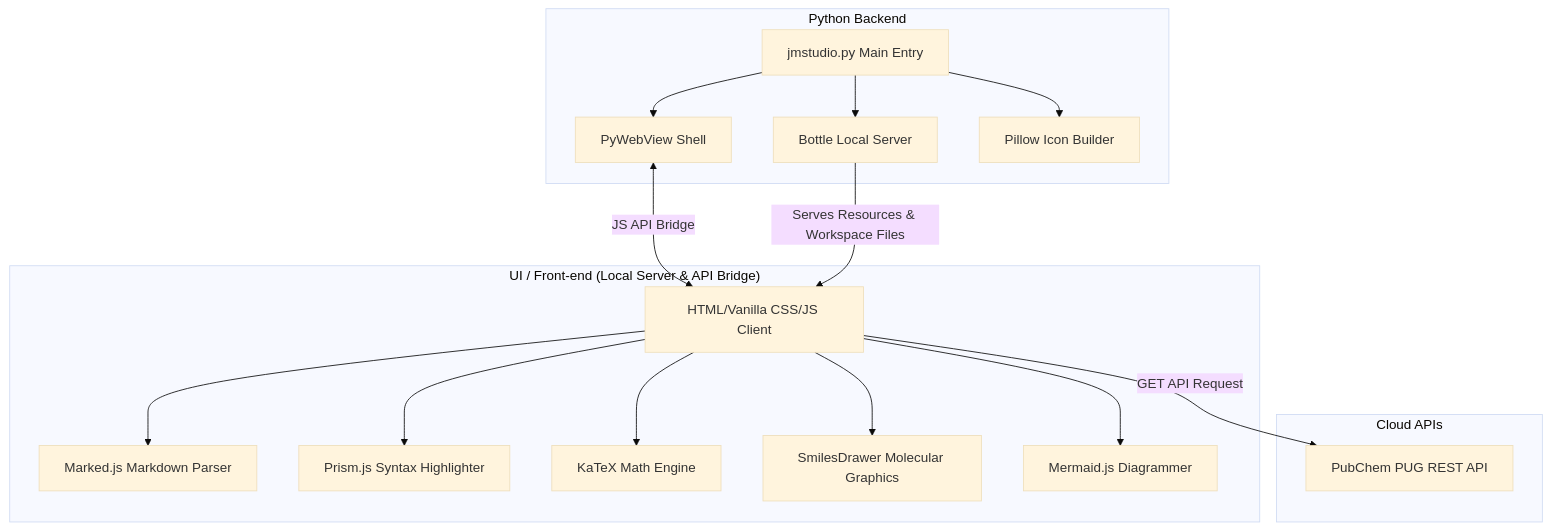
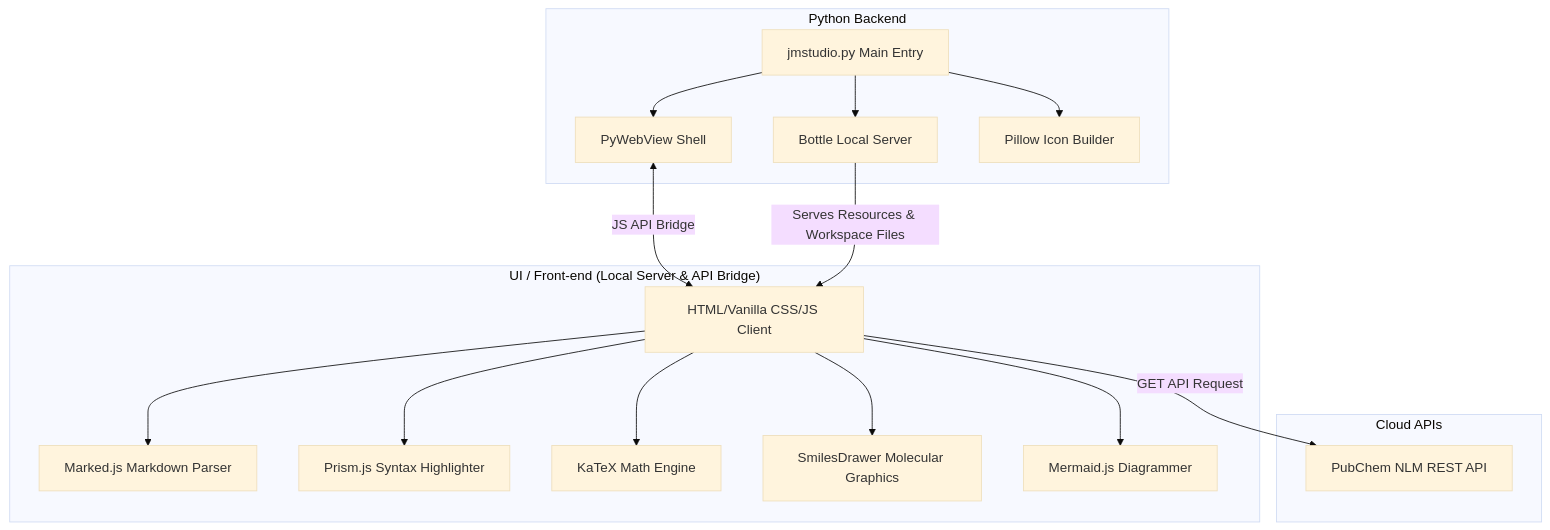
Before and after one commit to joyfoxg/jmstudio: the diagram in README.md, drawn with Mermaid (base theme). The commit also changed other lines of this file and 7 other files, not shown here.

````diff
--- a/README.md
+++ b/README.md
@@ -132,22 +73,22 @@
-```{mermaid}
+```mermaid
 graph TD
     subgraph backend ["Python Backend"]
         A[jmstudio.py Main Entry] --> B[PyWebView Shell]
         A --> C[Bottle Local Server]
         A --> D[Pillow Icon Builder]
     end
     
     subgraph frontend ["UI / Front-end (Local Server & API Bridge)"]
         B <-->|JS API Bridge| E[HTML/Vanilla CSS/JS Client]
         C -->|Serves Resources & Workspace Files| E
         E --> F[Marked.js Markdown Parser]
         E --> G[Prism.js Syntax Highlighter]
         E --> H[KaTeX Math Engine]
         E --> I[SmilesDrawer Molecular Graphics]
         E --> J[Mermaid.js Diagrammer]
     end
     
     subgraph cloud ["Cloud APIs"]
-        E -->|GET API Request| K[PubChem PUG REST API]
+        E -->|GET API Request| K[PubChem NLM REST API]
     end
 ```
````
